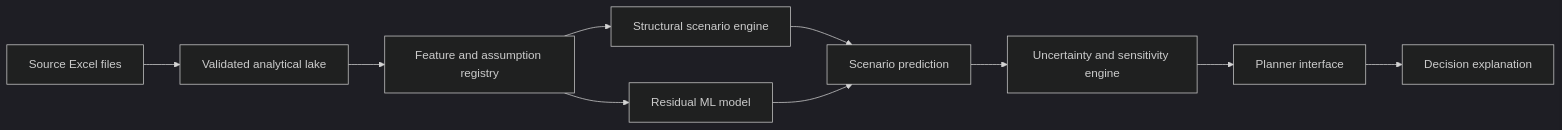
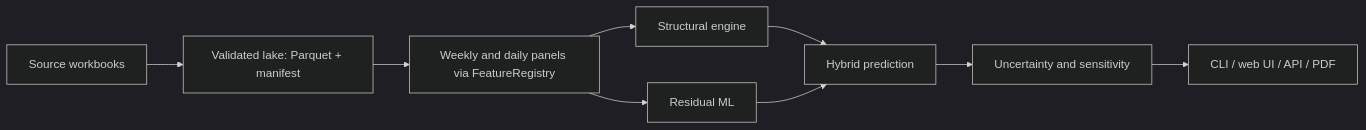
One commit to Nikhil-Mundhra/ChallengeON-Advanced-Technology-Pioneers-2026 changed the diagram in docs/solution_documentation.md. Above: the diagram before and after it, drawn with Mermaid (dark theme). The commit also changed other lines of this file and 3 other files, not shown here.

````diff
--- a/docs/solution_documentation.md
+++ b/docs/solution_documentation.md
@@ -112,12 +92,11 @@
 ```mermaid
 flowchart LR
-    A[Source Excel files] --> B[Validated analytical lake]
-    B --> C[Feature and assumption registry]
-    C --> D[Structural scenario engine]
-    C --> E[Residual ML model]
-    D --> F[Scenario prediction]
+    A[Source workbooks] --> B[Validated lake: Parquet + manifest]
+    B --> C[Weekly and daily panels via FeatureRegistry]
+    C --> D[Structural engine]
+    C --> E[Residual ML]
+    D --> F[Hybrid prediction]
     E --> F
-    F --> G[Uncertainty and sensitivity engine]
-    G --> H[Planner interface]
-    H --> I[Decision explanation]
+    F --> G[Uncertainty and sensitivity]
+    G --> H[CLI / web UI / API / PDF]
 ```
````
